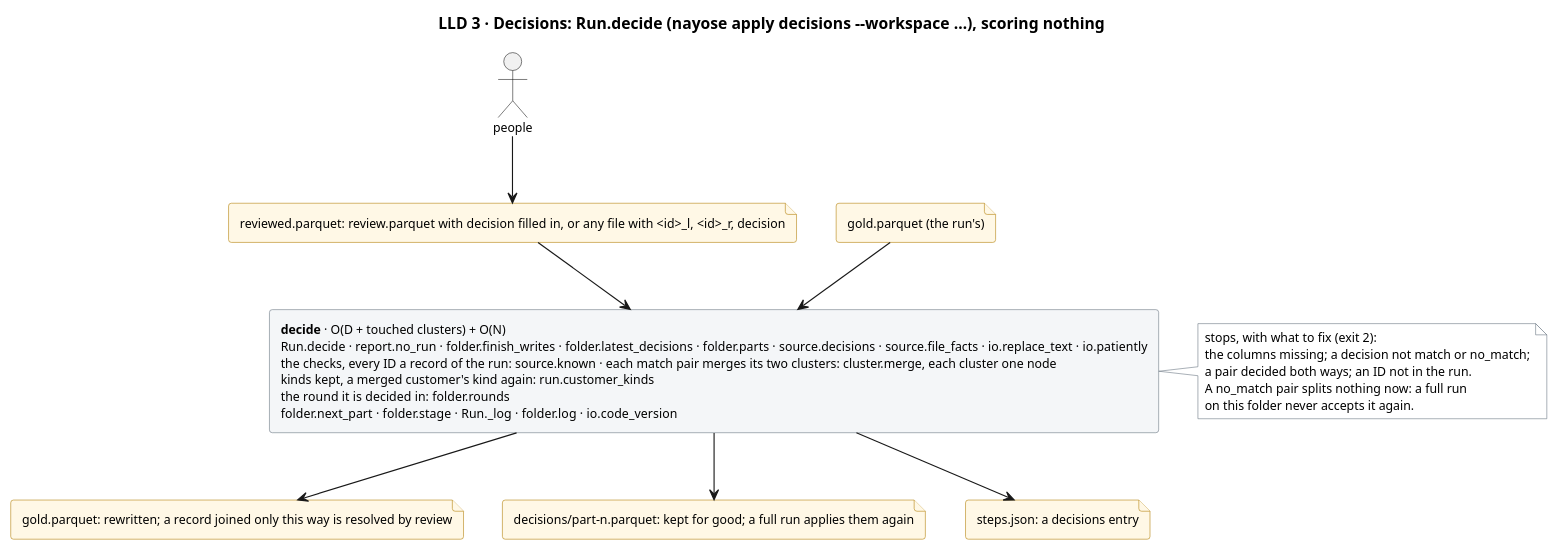
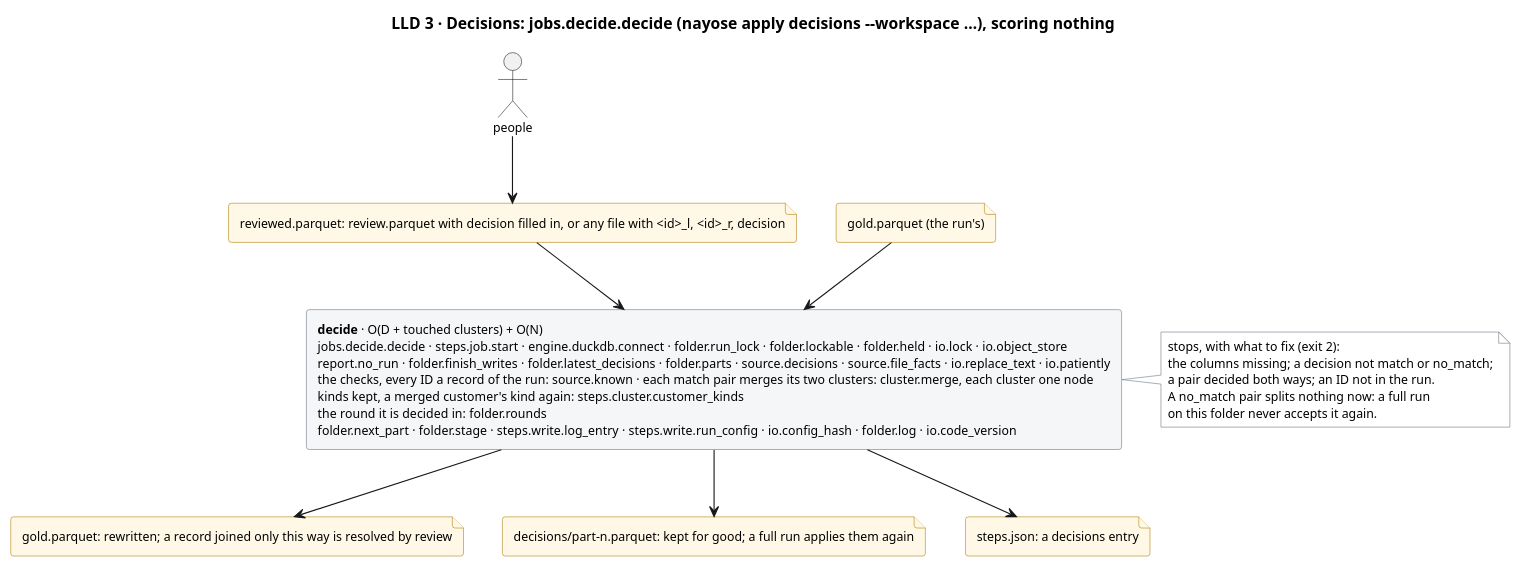
The diagram in docs/diagrams/decisions.puml (mvsbm/entity_matching), drawn with PlantUML before and after one commit. The commit also changed 61 other files, not shown here.

First line of the commit message:
The Run class goes: each step is one module with its inputs and result explicit (er/steps/), and each job reads top to bottom (er/jobs/)

```diff
--- a/docs/diagrams/decisions.puml
+++ b/docs/diagrams/decisions.puml
@@ -1,41 +1,41 @@
 @startuml decisions
-title LLD 3 · Decisions: Run.decide (nayose apply decisions ~--workspace …), scoring nothing
+title LLD 3 · Decisions: jobs.decide.decide (nayose apply decisions ~--workspace …), scoring nothing
 skinparam defaultFontSize 11
 skinparam rectangle {
   BackgroundColor #F4F6F8
   BorderColor #65717E
 }
 skinparam file {
   BackgroundColor #FFF8E6
   BorderColor #B07D00
 }
 skinparam note {
   BackgroundColor #FFFFFF
   BorderColor #65717E
 }
 
 actor "people" as people
 file "reviewed.parquet: review.parquet with decision filled in, or any file with <id>_l, <id>_r, decision" as f_decided
 file "gold.parquet (the run's)" as f_gold_in
 
-rectangle "<b>decide</b> · O(D + touched clusters) + O(N)\nRun.decide · report.no_run · folder.finish_writes · folder.latest_decisions · folder.parts · source.decisions · source.file_facts · io.replace_text · io.patiently\nthe checks, every ID a record of the run: source.known · each match pair merges its two clusters: cluster.merge, each cluster one node\nkinds kept, a merged customer's kind again: run.customer_kinds\nthe round it is decided in: folder.rounds\nfolder.next_part · folder.stage · Run._log · folder.log · io.code_version" as decide
+rectangle "<b>decide</b> · O(D + touched clusters) + O(N)\njobs.decide.decide · steps.job.start · engine.duckdb.connect · folder.run_lock · folder.lockable · folder.held · io.lock · io.object_store\nreport.no_run · folder.finish_writes · folder.latest_decisions · folder.parts · source.decisions · source.file_facts · io.replace_text · io.patiently\nthe checks, every ID a record of the run: source.known · each match pair merges its two clusters: cluster.merge, each cluster one node\nkinds kept, a merged customer's kind again: steps.cluster.customer_kinds\nthe round it is decided in: folder.rounds\nfolder.next_part · folder.stage · steps.write.log_entry · steps.write.run_config · io.config_hash · folder.log · io.code_version" as decide
 
 note right of decide
   stops, with what to fix (exit 2):
   the columns missing; a decision not match or no_match;
   a pair decided both ways; an ID not in the run.
   A no_match pair splits nothing now: a full run
   on this folder never accepts it again.
 end note
 
 file "gold.parquet: rewritten; a record joined only this way is resolved by review" as f_gold_out
 file "decisions/part-n.parquet: kept for good; a full run applies them again" as f_kept
 file "steps.json: a decisions entry" as f_steps
 
 people --> f_decided
 f_decided --> decide
 f_gold_in --> decide
 decide --> f_gold_out
 decide --> f_kept
 decide --> f_steps
 @enduml
```
